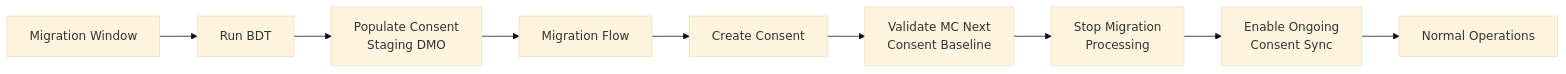
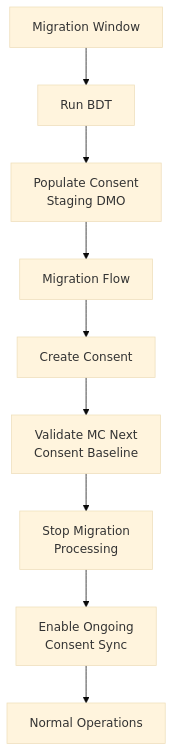
Before and after one commit to hipoliciak/modrzejewski_it_website: the fourth of 4 diagrams in src/content/blog/how-to-migrate-consent-from-salesforce-crm-to-marketing-cloud-next.mdx, drawn with Mermaid (base theme).

Commit message:
Mermaid correction

````diff
--- a/src/content/blog/how-to-migrate-consent-from-salesforce-crm-to-marketing-cloud-next.mdx
+++ b/src/content/blog/how-to-migrate-consent-from-salesforce-crm-to-marketing-cloud-next.mdx
@@ -213,15 +213,15 @@
 ```mermaid
-flowchart LR
+flowchart TD
     A[Migration Window] --> B[Run BDT]
     B --> C[Populate Consent
     Staging DMO]
     C --> D[Migration Flow]
     D --> E[Create Consent]
     E --> F[Validate MC Next
     Consent Baseline]
     F --> G[Stop Migration
     Processing]
     G --> H[Enable Ongoing
     Consent Sync]
     H --> I[Normal Operations]
 ```
````
